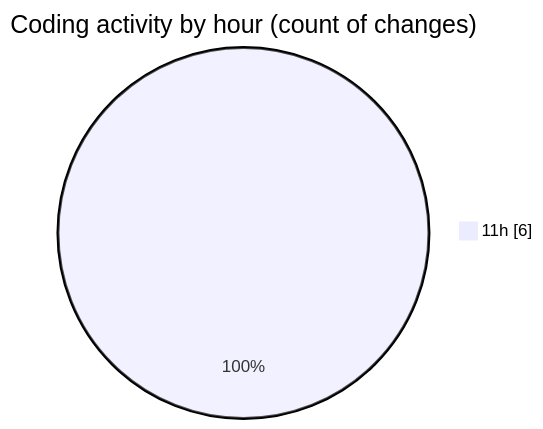
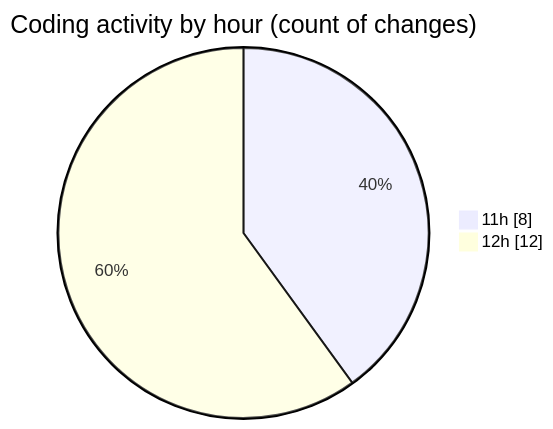
Before and after one commit to BS-eng2023/code-tracking: the second of 2 diagrams in 2025-05-04/project/README.md, drawn with Mermaid. The commit also changed other lines of this file and 1 other file, not shown here.

````diff
--- a/2025-05-04/project/README.md
+++ b/2025-05-04/project/README.md
@@ -32,5 +39,6 @@
 ```mermaid
 pie showData
 title Coding activity by hour (count of changes)
-"11h" : 6
+"11h" : 8
+"12h" : 12
 ```
````
